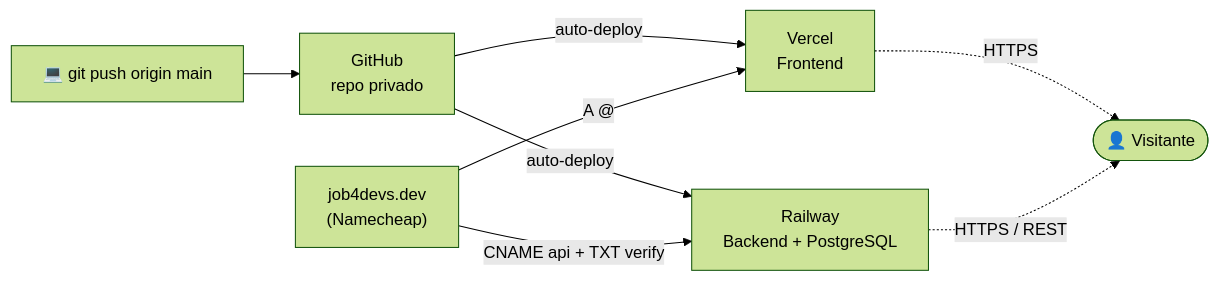
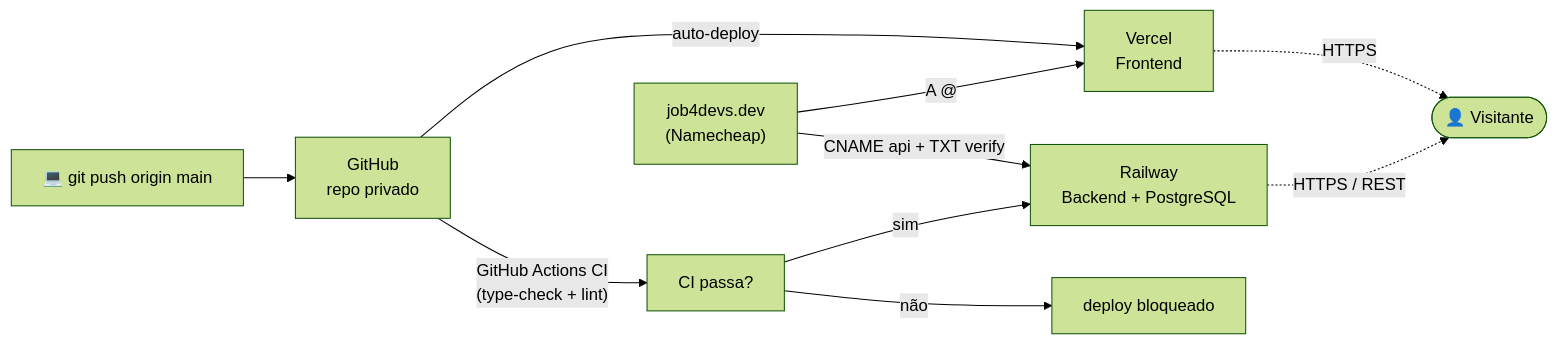
One commit to leandro-hd/job4devs changed the diagram in docs/05-hosting.md. Above: the diagram before and after it, drawn with Mermaid (forest theme). The commit also changed other lines of this file and 4 other files, not shown here.

````diff
--- a/docs/05-hosting.md
+++ b/docs/05-hosting.md
@@ -24,14 +24,16 @@
 ```mermaid
 flowchart LR
     DEV["💻 git push origin main"] --> GH["GitHub\nrepo privado"]
 
     GH -->|auto-deploy| VERCEL["Vercel\nFrontend"]
-    GH -->|auto-deploy| RAILWAY["Railway\nBackend + PostgreSQL"]
+    GH -->|"GitHub Actions CI\n(type-check + lint)"| CI["CI passa?"]
+    CI -->|sim| RAILWAY["Railway\nBackend + PostgreSQL"]
+    CI -->|não| BLOCKED["deploy bloqueado"]
 
     DOMAIN["job4devs.dev\n(Namecheap)"]
     DOMAIN -->|"A @"| VERCEL
     DOMAIN -->|"CNAME api + TXT verify"| RAILWAY
 
     VERCEL -.->|HTTPS| VISITOR(["👤 Visitante"])
     RAILWAY -.->|"HTTPS / REST"| VISITOR
 ```
````
